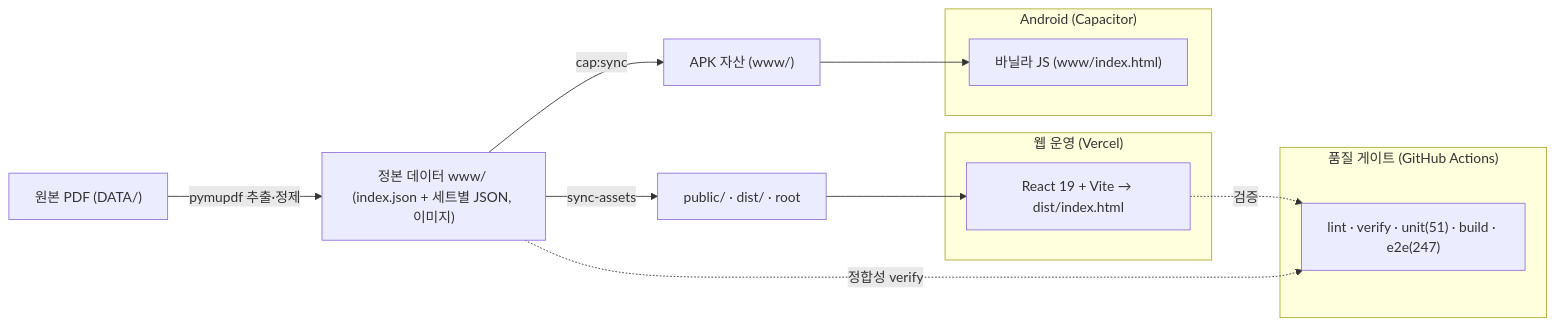
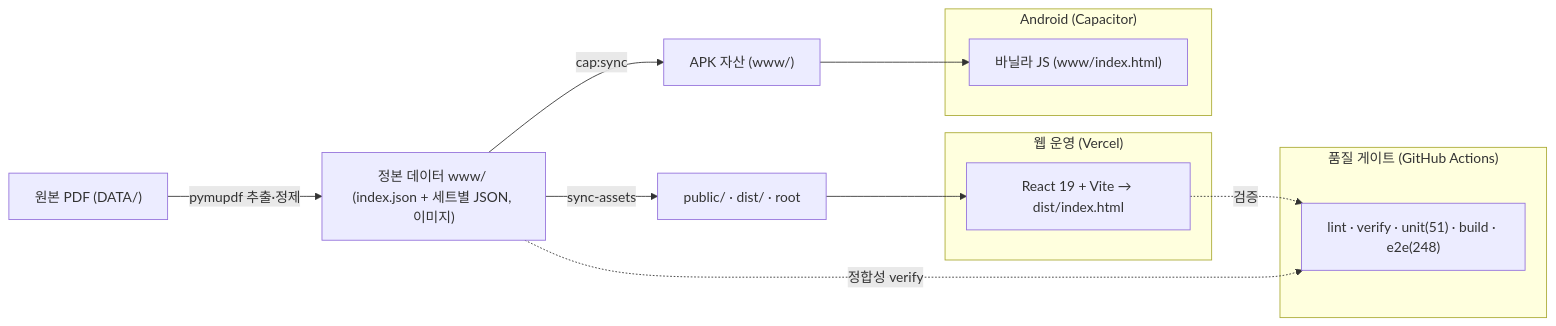
Before and after one commit to WindowHyun/ISTQB: the diagram in README.md, drawn with Mermaid. The commit also changed other lines of this file and 4 other files, not shown here.

````diff
--- a/README.md
+++ b/README.md
@@ -163,21 +163,21 @@
 ```mermaid
 flowchart LR
   PDF["원본 PDF (DATA/)"] -->|pymupdf 추출·정제| SRC["정본 데이터 www/ (index.json + 세트별 JSON, 이미지)"]
   SRC -->|sync-assets| PUB["public/ · dist/ · root"]
   SRC -->|cap:sync| WWW["APK 자산 (www/)"]
 
   subgraph 웹_운영["웹 운영 (Vercel)"]
     REACT["React 19 + Vite → dist/index.html"]
   end
   subgraph APK["Android (Capacitor)"]
     VANILLA["바닐라 JS (www/index.html)"]
   end
   PUB --> REACT
   WWW --> VANILLA
 
   subgraph 품질["품질 게이트 (GitHub Actions)"]
-    CI["lint · verify · unit(51) · build · e2e(247)"]
+    CI["lint · verify · unit(51) · build · e2e(248)"]
   end
   REACT -.검증.-> CI
   SRC -.정합성 verify.-> CI
 ```
````
